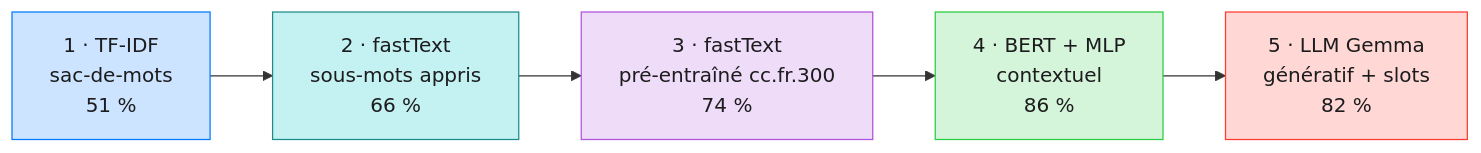
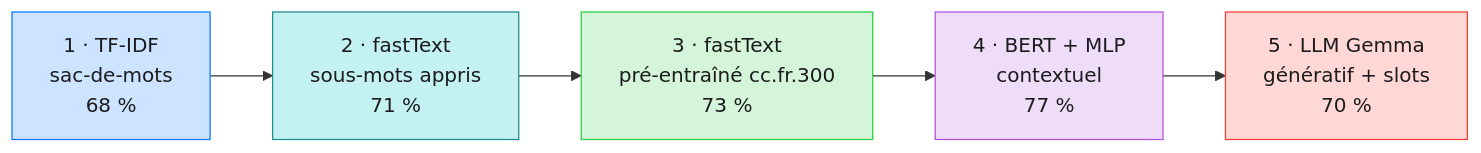
The first of 2 diagrams in LISEZMOI.md (warith-harchaoui/intentions), drawn with Mermaid before and after one commit. The commit also changed other lines of this file and 35 other files, not shown here.

````diff
--- a/LISEZMOI.md
+++ b/LISEZMOI.md
@@ -57,9 +57,9 @@
 ```mermaid
 flowchart LR
-    A["1 · TF-IDF<br/>sac-de-mots<br/>51 %"] --> B["2 · fastText<br/>sous-mots appris<br/>66 %"] --> C["3 · fastText<br/>pré-entraîné cc.fr.300<br/>74 %"] --> D["4 · BERT + MLP<br/>contextuel<br/>86 %"] --> E["5 · LLM Gemma<br/>génératif + slots<br/>82 %"]
+    A["1 · TF-IDF<br/>sac-de-mots<br/>68 %"] --> B["2 · fastText<br/>sous-mots appris<br/>71 %"] --> C["3 · fastText<br/>pré-entraîné cc.fr.300<br/>73 %"] --> D["4 · BERT + MLP<br/>contextuel<br/>77 %"] --> E["5 · LLM Gemma<br/>génératif + slots<br/>70 %"]
     style A fill:#CCE4FF,stroke:#007AFF,color:#1C1C1E
     style B fill:#C4F1F1,stroke:#1D8C8D,color:#1C1C1E
-    style C fill:#EFDCF8,stroke:#AF52DE,color:#1C1C1E
-    style D fill:#D4F5D9,stroke:#28CD41,color:#1C1C1E
+    style C fill:#D4F5D9,stroke:#28CD41,color:#1C1C1E
+    style D fill:#EFDCF8,stroke:#AF52DE,color:#1C1C1E
     style E fill:#FFD8D6,stroke:#FF3B30,color:#1C1C1E
 ```
````
